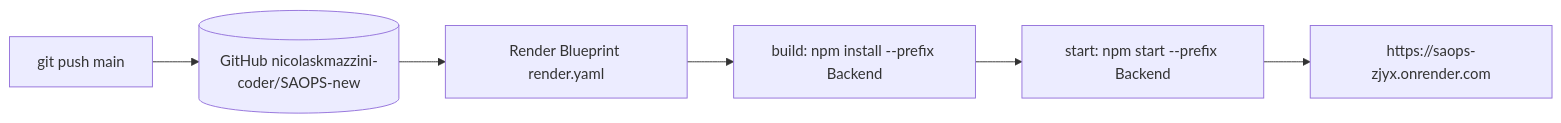
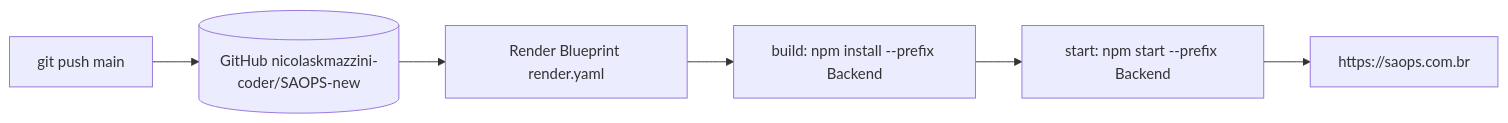
One commit to mateusACM/SAOPS changed the seventh of 7 diagrams in DIAGRAMAS.md. Above: the diagram before and after it, drawn with Mermaid. The commit also changed other lines of this file, not shown here.

````diff
--- a/DIAGRAMAS.md
+++ b/DIAGRAMAS.md
@@ -262,8 +241,8 @@
 ```mermaid
 flowchart LR
     DEV["git push main"] --> GH[("GitHub nicolaskmazzini-coder/SAOPS-new")]
     GH --> R["Render Blueprint render.yaml"]
     R --> B["build: npm install --prefix Backend"]
     B --> S["start: npm start --prefix Backend"]
-    S --> P["https://saops-zjyx.onrender.com"]
+    S --> P["https://saops.com.br"]
 ```
````
